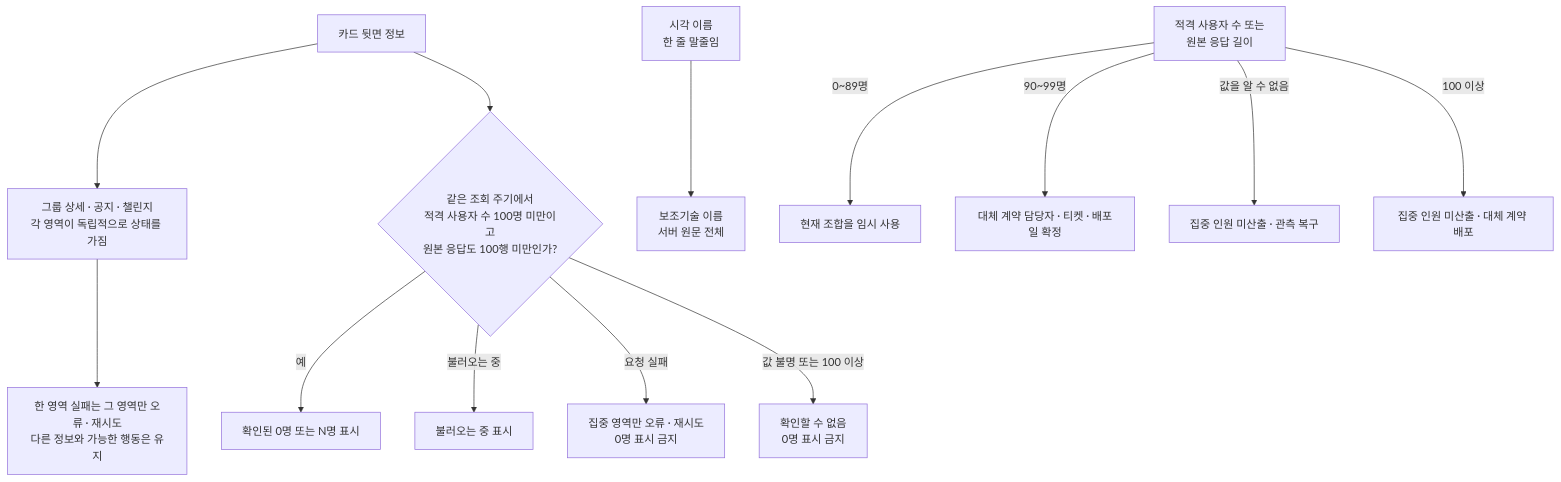
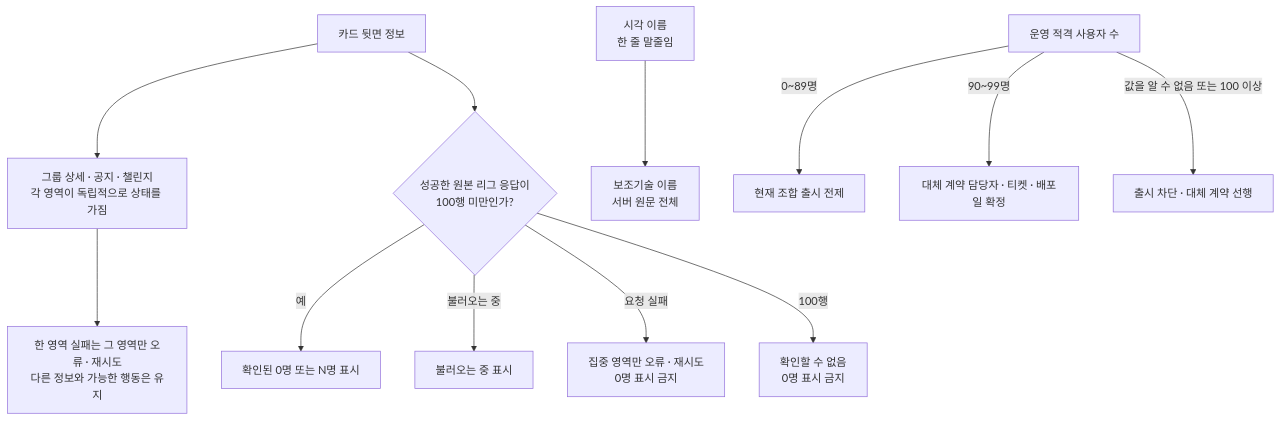
The third of 4 diagrams in docs/prd/group/features/02-my-groups/information-architecture.md (OneOrThree/phone), drawn with Mermaid before and after one commit. The commit also changed other lines of this file and 14 other files, not shown here.

````diff
--- a/docs/prd/group/features/02-my-groups/information-architecture.md
+++ b/docs/prd/group/features/02-my-groups/information-architecture.md
@@ -68,18 +69,17 @@
 ```mermaid
 flowchart TB
     BACK["카드 뒷면 정보"] --> SECTIONS["그룹 상세 · 공지 · 챌린지<br/>각 영역이 독립적으로 상태를 가짐"]
     SECTIONS --> PARTIAL["한 영역 실패는 그 영역만 오류 · 재시도<br/>다른 정보와 가능한 행동은 유지"]
 
-    BACK --> COMPLETE{"같은 조회 주기에서<br/>적격 사용자 수 100명 미만이고<br/>원본 응답도 100행 미만인가?"}
+    BACK --> COMPLETE{"성공한 원본 리그 응답이<br/>100행 미만인가?"}
     COMPLETE -->|예| FACT["확인된 0명 또는 N명 표시"]
     COMPLETE -->|불러오는 중| LOADING["불러오는 중 표시"]
     COMPLETE -->|요청 실패| ERROR["집중 영역만 오류 · 재시도<br/>0명 표시 금지"]
-    COMPLETE -->|값 불명 또는 100 이상| UNKNOWN["확인할 수 없음<br/>0명 표시 금지"]
+    COMPLETE -->|100행| UNKNOWN["확인할 수 없음<br/>0명 표시 금지"]
 
     NAME["시각 이름<br/>한 줄 말줄임"] --> ACCESS["보조기술 이름<br/>서버 원문 전체"]
 
-    SCALE["적격 사용자 수 또는<br/>원본 응답 길이"] -->|0~89명| TEMP["현재 조합을 임시 사용"]
+    SCALE["운영 적격 사용자 수"] -->|0~89명| TEMP["현재 조합 출시 전제"]
     SCALE -->|90~99명| PREPARE["대체 계약 담당자 · 티켓 · 배포일 확정"]
-    SCALE -->|값을 알 수 없음| OBSERVE["집중 인원 미산출 · 관측 복구"]
-    SCALE -->|100 이상| SWITCH["집중 인원 미산출 · 대체 계약 배포"]
+    SCALE -->|값을 알 수 없음 또는 100 이상| SWITCH["출시 차단 · 대체 계약 선행"]
 ```
````
